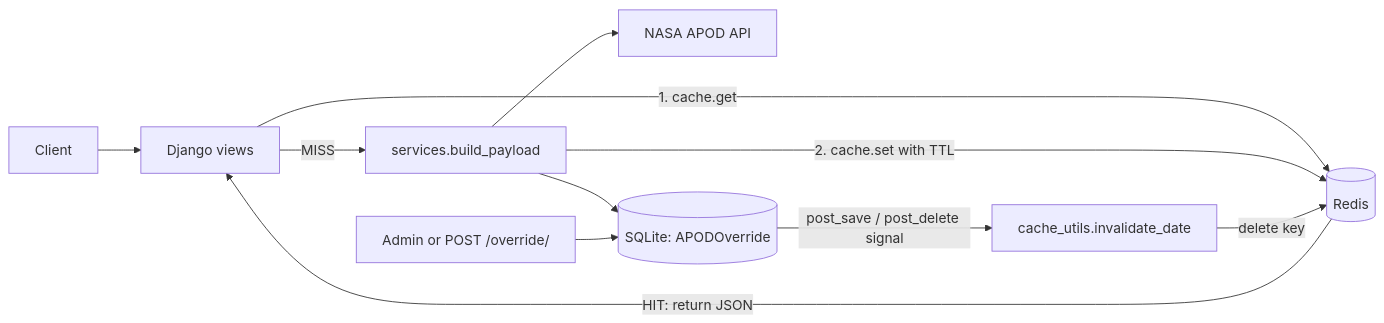
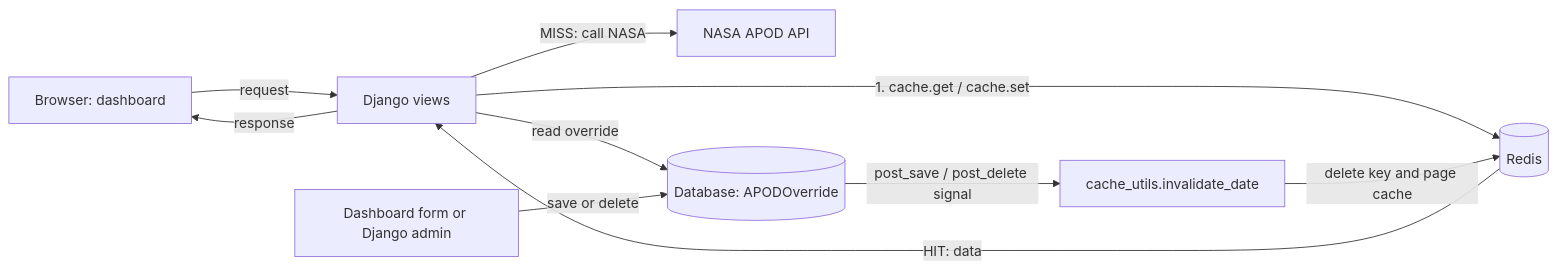
The first of 2 diagrams in README.md (vihaang123/imap_project), drawn with Mermaid before and after one commit. The commit also changed other lines of this file and 1 other file, not shown here.

First line of the commit message:
Rewrite README as project report: team roles, architecture, setup, results, research answers

````diff
--- a/README.md
+++ b/README.md
@@ -46,13 +54,12 @@
 ```mermaid
 flowchart LR
-    C[Client] --> V[Django views]
-    V -->|1. cache.get| R[(Redis)]
-    R -->|HIT: return JSON| V
-    V -->|MISS| S[services.build_payload]
-    S --> N[NASA APOD API]
-    S --> D[(SQLite: APODOverride)]
-    S -->|2. cache.set with TTL| R
-    A[Admin or POST /override/] --> D
+    B[Browser: dashboard] -->|request| V[Django views]
+    V -->|response| B
+    V -->|1. cache.get / cache.set| R[(Redis)]
+    R -->|HIT: data| V
+    V -->|MISS: call NASA| N[NASA APOD API]
+    V -->|read override| D[(Database: APODOverride)]
+    A[Dashboard form or Django admin] -->|save or delete| D
     D -->|post_save / post_delete signal| I[cache_utils.invalidate_date]
-    I -->|delete key| R
+    I -->|delete key and page cache| R
 ```
````
